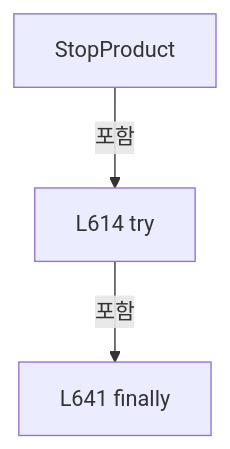
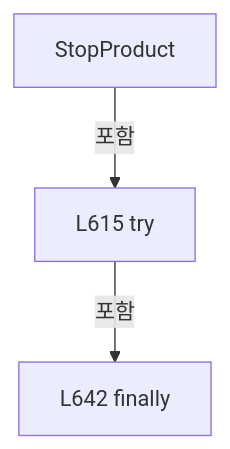
Diagram 18 of 27 in A3 LD Code Ref/files/Drilling.Common/Product/CProductManager.cs.md (kjuws10-rgb/Shared), drawn with Mermaid before and after one commit. The commit also changed other lines of this file and 8055 other files, not shown here.

Commit message:
docs(a3): trace Stage Glass Data and refresh architecture and full code reference

````diff
--- a/A3 LD Code Ref/files/Drilling.Common/Product/CProductManager.cs.md
+++ b/A3 LD Code Ref/files/Drilling.Common/Product/CProductManager.cs.md
@@ -2112,8 +2113,8 @@
 ```mermaid
 flowchart TD
  M["StopProduct"]
- N0["L614 try"]
+ N0["L615 try"]
  M -->|포함| N0
- N1["L641 finally"]
+ N1["L642 finally"]
  N0 -->|포함| N1
 ```
````
